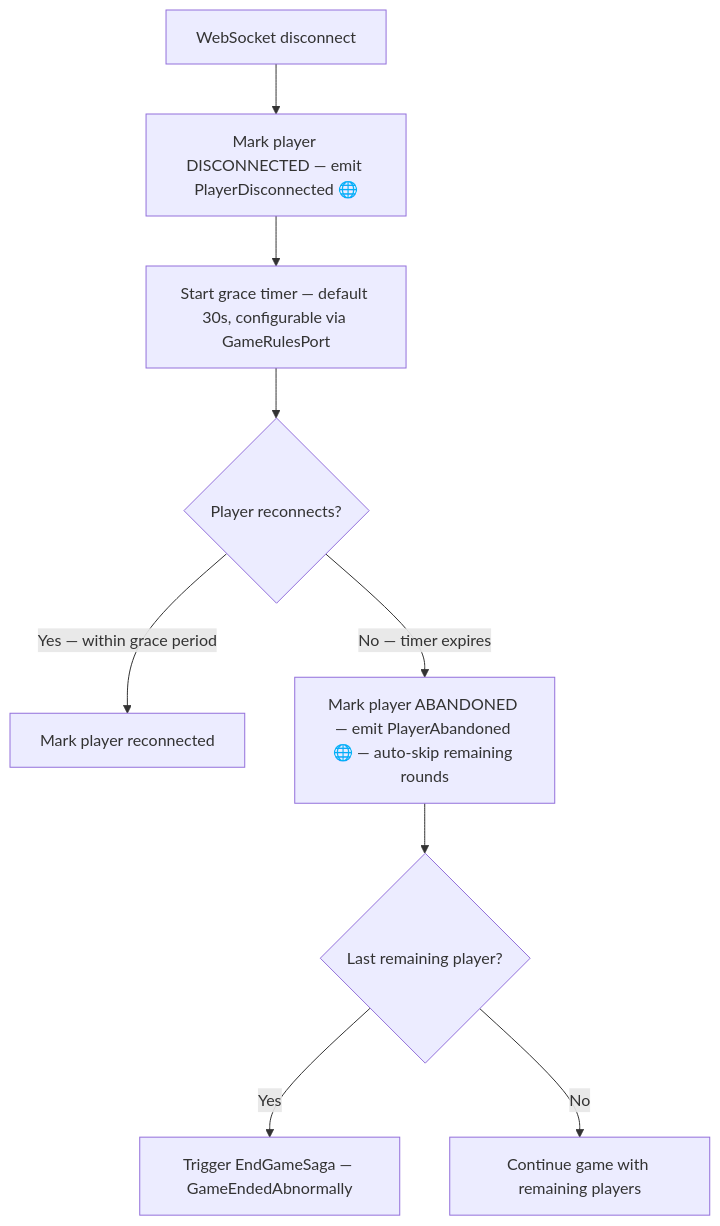
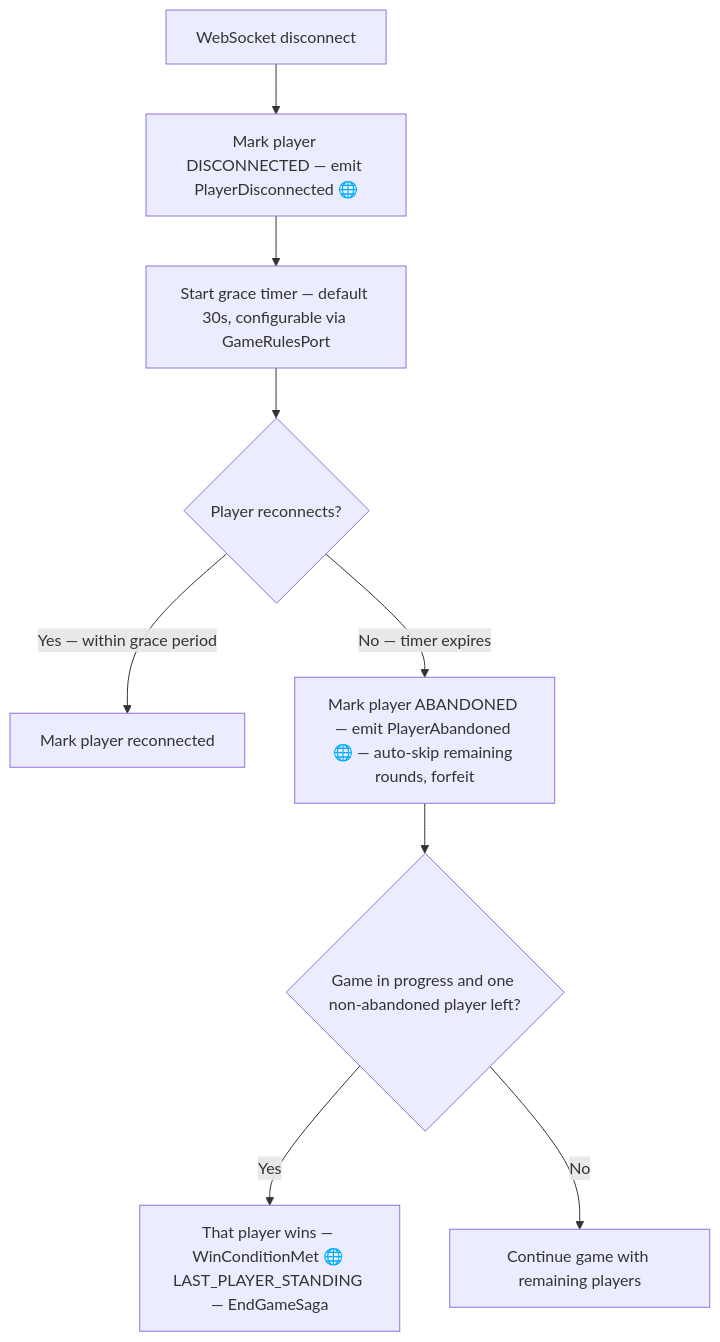
The second of 2 diagrams in sagas/special.mdx (temporal-rift/docs), drawn with Mermaid before and after one commit. The commit also changed other lines of this file and 3 other files, not shown here.

Commit message:
docs(rules): document abandoned-player forfeit and last player standing

````diff
--- a/sagas/special.mdx
+++ b/sagas/special.mdx
@@ -62,11 +62,11 @@
 ```mermaid
 flowchart TD
   A[WebSocket disconnect] --> B[Mark player DISCONNECTED — emit PlayerDisconnected 🌐]
   B --> C[Start grace timer — default 30s, configurable via GameRulesPort]
   C --> D{Player reconnects?}
   D -->|Yes — within grace period| E[Mark player reconnected]
-  D -->|No — timer expires| F[Mark player ABANDONED — emit PlayerAbandoned 🌐 — auto-skip remaining rounds]
-  F --> G{Last remaining player?}
-  G -->|Yes| H[Trigger EndGameSaga — GameEndedAbnormally]
+  D -->|No — timer expires| F[Mark player ABANDONED — emit PlayerAbandoned 🌐 — auto-skip remaining rounds, forfeit]
+  F --> G{Game in progress and one non-abandoned player left?}
+  G -->|Yes| H[That player wins — WinConditionMet 🌐 LAST_PLAYER_STANDING — EndGameSaga]
   G -->|No| I[Continue game with remaining players]
 ```
````
